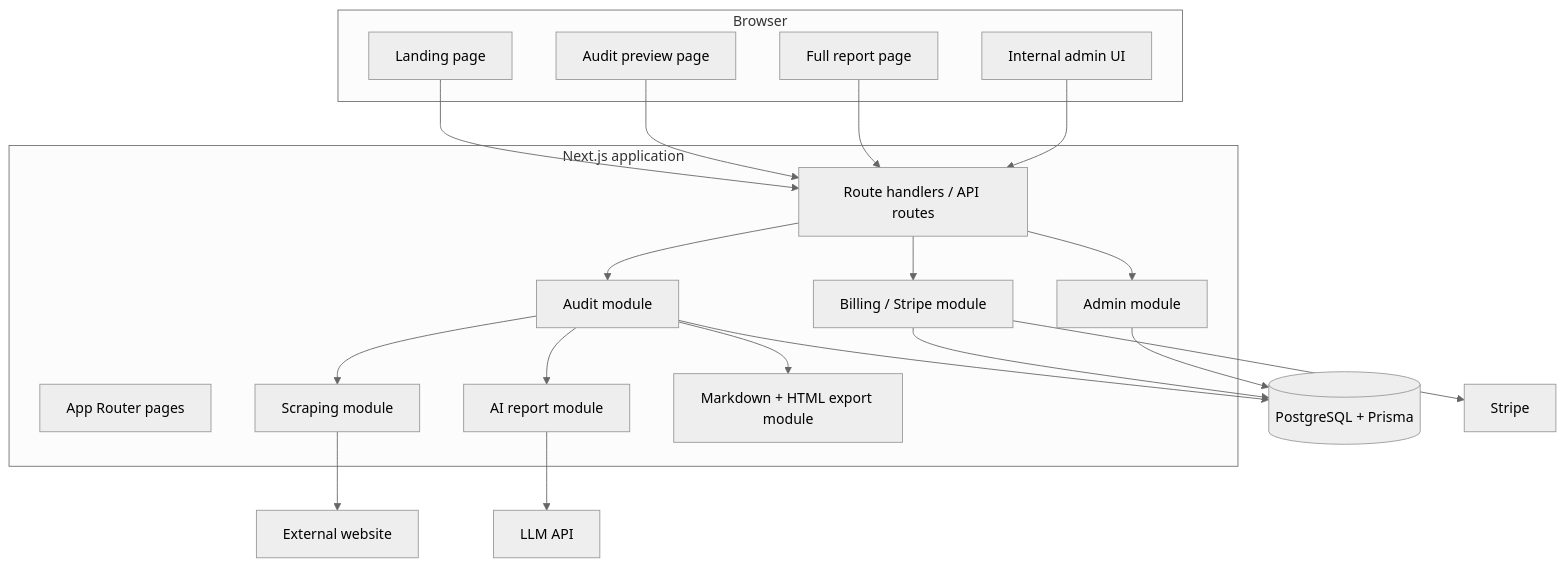
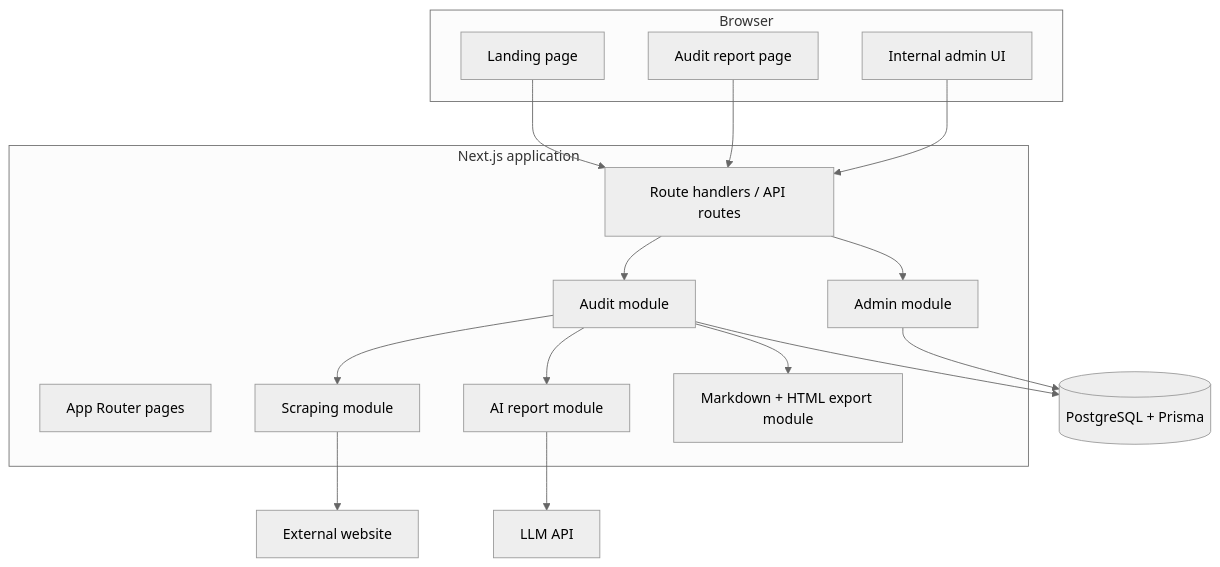
The second of 10 diagrams in docs/ARCHITECTURE.md (Luxion07/sitegap-ai), drawn with Mermaid (neutral theme) before and after one commit. The commit also changed other lines of this file and 15 other files, not shown here.

````diff
--- a/docs/ARCHITECTURE.md
+++ b/docs/ARCHITECTURE.md
@@ -39,45 +36,38 @@
 ```mermaid
 flowchart TB
   subgraph Browser
     Landing[Landing page]
-    Preview[Audit preview page]
-    FullReport[Full report page]
+    Report[Audit report page]
     AdminUI[Internal admin UI]
   end
 
   subgraph NextApp[Next.js application]
     Pages[App Router pages]
     Routes[Route handlers / API routes]
     AuditModule[Audit module]
     ScrapingModule[Scraping module]
     AIModule[AI report module]
-    BillingModule[Billing / Stripe module]
     ExportModule[Markdown + HTML export module]
     AdminModule[Admin module]
   end
 
   DB[(PostgreSQL + Prisma)]
-  Stripe[Stripe]
   LLM[LLM API]
   Site[External website]
 
   Landing --> Routes
-  Preview --> Routes
-  FullReport --> Routes
+  Report --> Routes
   AdminUI --> Routes
 
   Routes --> AuditModule
-  Routes --> BillingModule
   Routes --> AdminModule
 
   AuditModule --> ScrapingModule
   AuditModule --> AIModule
   AuditModule --> ExportModule
   AuditModule --> DB
 
   ScrapingModule --> Site
   AIModule --> LLM
-  BillingModule --> Stripe
-  BillingModule --> DB
   AdminModule --> DB
 ```
````
